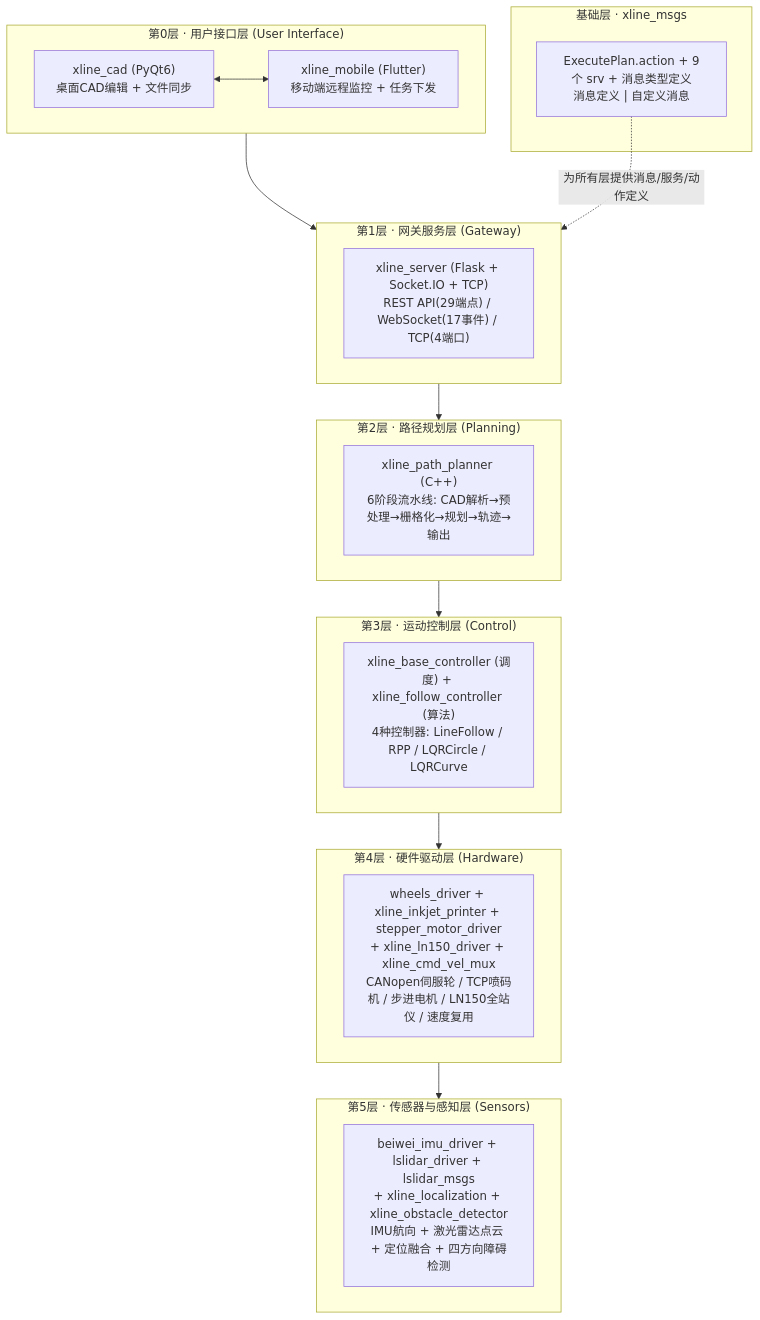
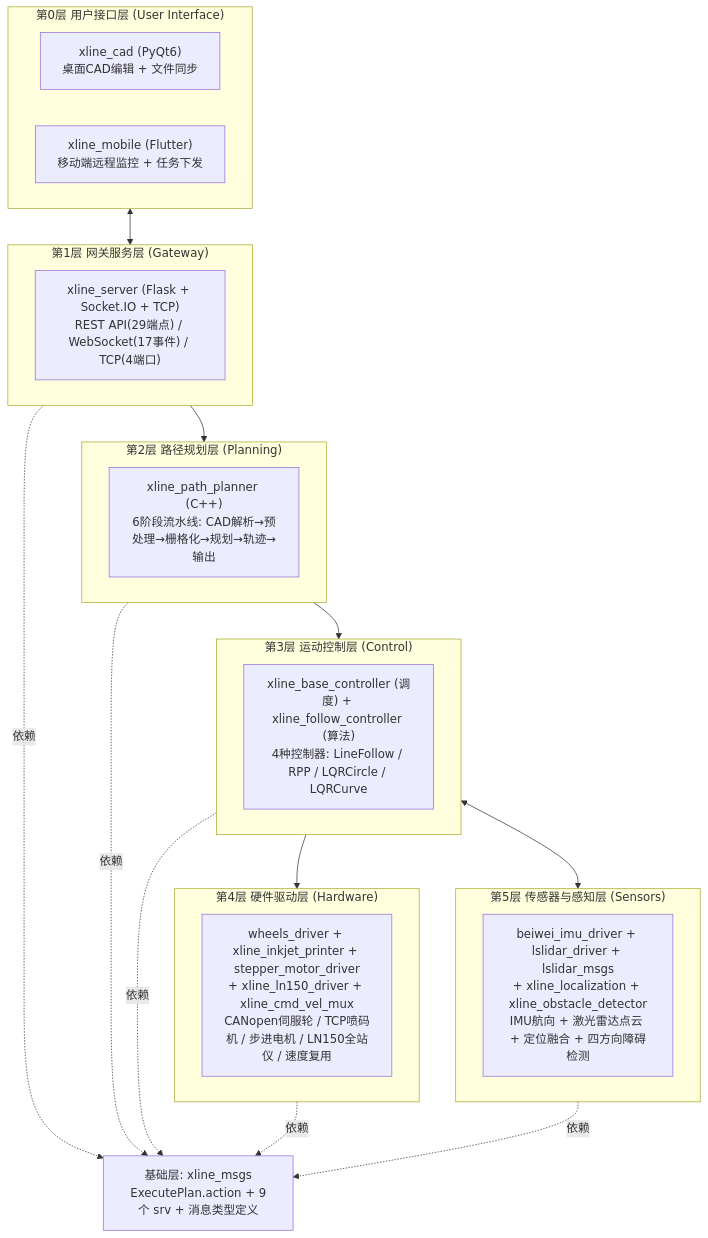
The first of 4 diagrams in a_黎伯项目/a__第一版机器相关代码及自述文件/readme/01_系统架构总览.md (monstersjack/obsidian__ubuntu__project), drawn with Mermaid before and after one commit. The commit also changed other lines of this file and 14 other files, not shown here.

````diff
--- a/a_黎伯项目/a__第一版机器相关代码及自述文件/readme/01_系统架构总览.md
+++ b/a_黎伯项目/a__第一版机器相关代码及自述文件/readme/01_系统架构总览.md
@@ -18,27 +57,33 @@
 ```mermaid
-flowchart TD
-    subgraph L0["第0层 · 用户接口层 (User Interface)"]
-        CAD["xline_cad (PyQt6)<br/>桌面CAD编辑 + 文件同步"] <--> MOBILE["xline_mobile (Flutter)<br/>移动端远程监控 + 任务下发"]
+flowchart TB
+    subgraph L0["第0层 用户接口层 (User Interface)"]
+        UI1["xline_cad (PyQt6)<br/>桌面CAD编辑 + 文件同步"]
+        UI2["xline_mobile (Flutter)<br/>移动端远程监控 + 任务下发"]
     end
-    subgraph L1["第1层 · 网关服务层 (Gateway)"]
-        SRV["xline_server (Flask + Socket.IO + TCP)<br/>REST API(29端点) / WebSocket(17事件) / TCP(4端口)"]
+    subgraph L1["第1层 网关服务层 (Gateway)"]
+        GW["xline_server (Flask + Socket.IO + TCP)<br/>REST API(29端点) / WebSocket(17事件) / TCP(4端口)"]
     end
-    subgraph L2["第2层 · 路径规划层 (Planning)"]
-        PL["xline_path_planner (C++)<br/>6阶段流水线: CAD解析→预处理→栅格化→规划→轨迹→输出"]
+    subgraph L2["第2层 路径规划层 (Planning)"]
+        PP["xline_path_planner (C++)<br/>6阶段流水线: CAD解析→预处理→栅格化→规划→轨迹→输出"]
     end
-    subgraph L3["第3层 · 运动控制层 (Control)"]
-        CT["xline_base_controller (调度) + xline_follow_controller (算法)<br/>4种控制器: LineFollow / RPP / LQRCircle / LQRCurve"]
+    subgraph L3["第3层 运动控制层 (Control)"]
+        MC["xline_base_controller (调度) + xline_follow_controller (算法)<br/>4种控制器: LineFollow / RPP / LQRCircle / LQRCurve"]
     end
-    subgraph L4["第4层 · 硬件驱动层 (Hardware)"]
+    subgraph L4["第4层 硬件驱动层 (Hardware)"]
         HW["wheels_driver + xline_inkjet_printer + stepper_motor_driver<br/>+ xline_ln150_driver + xline_cmd_vel_mux<br/>CANopen伺服轮 / TCP喷码机 / 步进电机 / LN150全站仪 / 速度复用"]
     end
-    subgraph L5["第5层 · 传感器与感知层 (Sensors)"]
-        SE["beiwei_imu_driver + lslidar_driver + lslidar_msgs<br/>+ xline_localization + xline_obstacle_detector<br/>IMU航向 + 激光雷达点云 + 定位融合 + 四方向障碍检测"]
+    subgraph L5["第5层 传感器与感知层 (Sensors)"]
+        SEN["beiwei_imu_driver + lslidar_driver + lslidar_msgs<br/>+ xline_localization + xline_obstacle_detector<br/>IMU航向 + 激光雷达点云 + 定位融合 + 四方向障碍检测"]
     end
-    subgraph BASE["基础层 · xline_msgs"]
-        MSG["ExecutePlan.action + 9个 srv + 消息类型定义<br/>消息定义 | 自定义消息"]
-    end
-
-    L0 --> L1 --> L2 --> L3 --> L4 --> L5
-    MSG -. 为所有层提供消息/服务/动作定义 .-> L1
+    L0 <--> L1
+    L1 --> L2
+    L2 --> L3
+    L3 --> L4
+    L3 <--> L5
+    BASE["基础层: xline_msgs<br/>ExecutePlan.action + 9个 srv + 消息类型定义"]
+    L1 -.依赖.-> BASE
+    L2 -.依赖.-> BASE
+    L3 -.依赖.-> BASE
+    L4 -.依赖.-> BASE
+    L5 -.依赖.-> BASE
 ```
````
